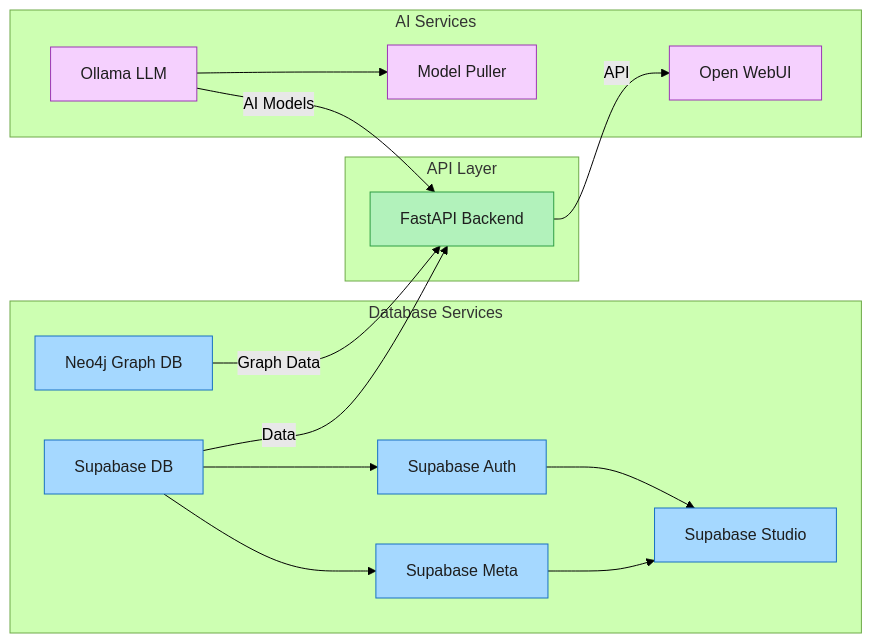
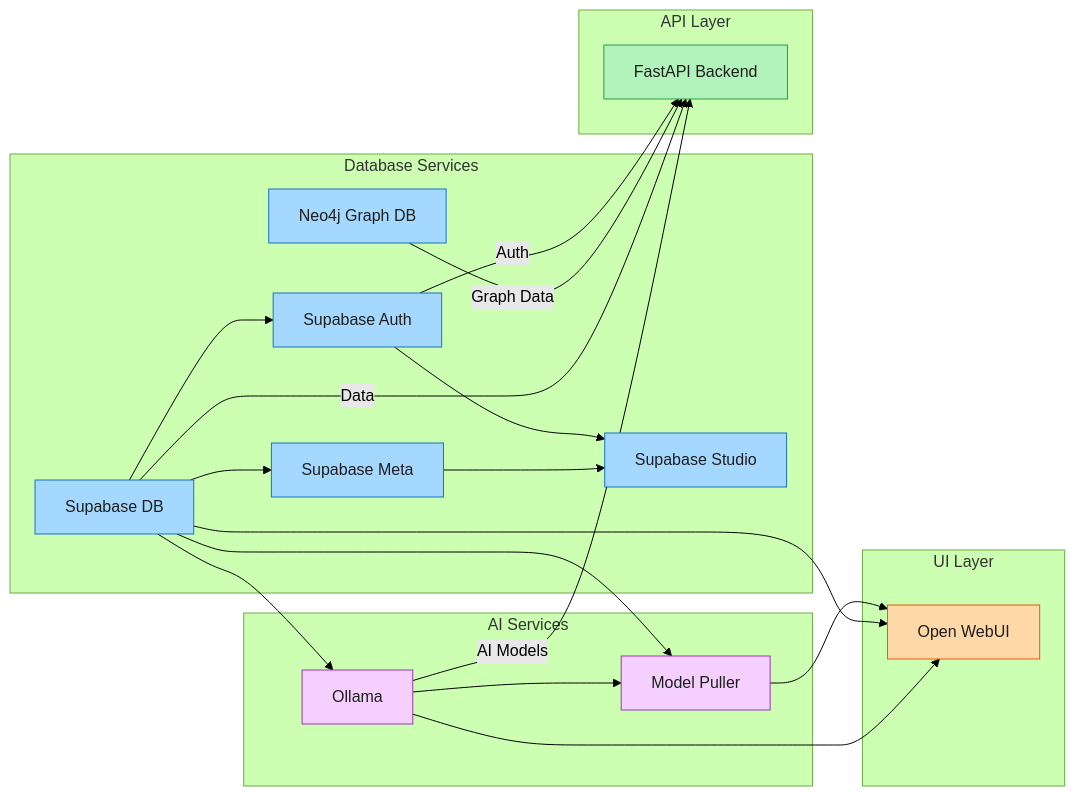
One commit to thekaveh/genai-vanilla changed the diagram in docs/diagrams/architecture.mermaid. Above: the diagram before and after it, drawn with Mermaid (forest theme). The commit also changed 4 other files, not shown here.

Commit message:
updates the docker compose configurations and the diagram accordingly

```diff
--- a/docs/diagrams/architecture.mermaid
+++ b/docs/diagrams/architecture.mermaid
@@ -1,44 +1,59 @@
 graph LR
     %% Define styles
     classDef database fill:#a5d8ff,stroke:#1971c2,color:#1e1e1e
     classDef ai fill:#f5d0fe,stroke:#9c36b5,color:#1e1e1e
+    classDef ui fill:#ffd8a8,stroke:#e8590c,color:#1e1e1e
     classDef api fill:#b2f2bb,stroke:#2f9e44,color:#1e1e1e
     
     %% Database Services
     subgraph DB[Database Services]
-        SupaDB[Supabase DB]
-        SupaMeta[Supabase Meta]
-        SupaAuth[Supabase Auth]
-        SupaStudio[Supabase Studio]
-        Neo4j[Neo4j Graph DB]
+        supabaseDB[Supabase DB]
+        supabaseMeta[Supabase Meta]
+        supabaseAuth[Supabase Auth]
+        supabaseStudio[Supabase Studio]
+        graphDB[Neo4j Graph DB]
     end
     
     %% AI Services
     subgraph AI[AI Services]
-        Ollama[Ollama LLM]
-        ModelPuller[Model Puller]
-        WebUI[Open WebUI]
+        ollama[Ollama]
+        ollamaPull[Model Puller]
     end
     
-    %% API Layer
+    %% API Layer (moved to right side)
     subgraph API[API Layer]
-        Backend[FastAPI Backend]
+        backendAPI[FastAPI Backend]
     end
     
-    %% Connections
-    SupaDB --> SupaMeta
-    SupaDB --> SupaAuth
-    SupaMeta --> SupaStudio
-    SupaAuth --> SupaStudio
+    %% UI Layer
+    subgraph UI[UI Layer]
+        openWebUI[Open WebUI]
+    end
     
-    SupaDB -- Data --> Backend
-    Neo4j -- Graph Data --> Backend
-    Ollama -- AI Models --> Backend
+    %% Connections based on docker-compose.yml dependencies
+    supabaseDB --> supabaseMeta
+    supabaseDB --> supabaseAuth
+    supabaseMeta --> supabaseStudio
+    supabaseAuth --> supabaseStudio
     
-    Ollama --> ModelPuller
-    Backend -- API --> WebUI
+    %% Backend dependencies
+    supabaseDB -- Data --> backendAPI
+    graphDB -- Graph Data --> backendAPI
+    ollama -- AI Models --> backendAPI
+    supabaseAuth -- Auth --> backendAPI
+    
+    %% Ollama and related services
+    supabaseDB --> ollama
+    ollama --> ollamaPull
+    supabaseDB --> ollamaPull
+    
+    %% Open WebUI dependencies
+    ollama --> openWebUI
+    supabaseDB --> openWebUI
+    ollamaPull --> openWebUI
     
     %% Apply styles
-    class SupaDB,SupaMeta,SupaAuth,SupaStudio,Neo4j database
-    class Ollama,ModelPuller,WebUI ai
-    class Backend api
+    class supabaseDB,supabaseMeta,supabaseAuth,supabaseStudio,graphDB database
+    class ollama,ollamaPull ai
+    class openWebUI ui
+    class backendAPI api
```
